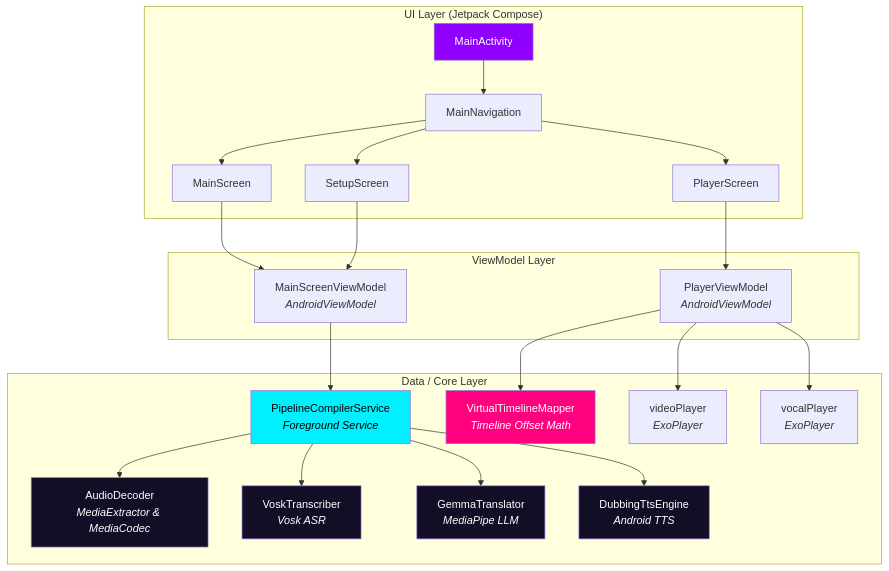
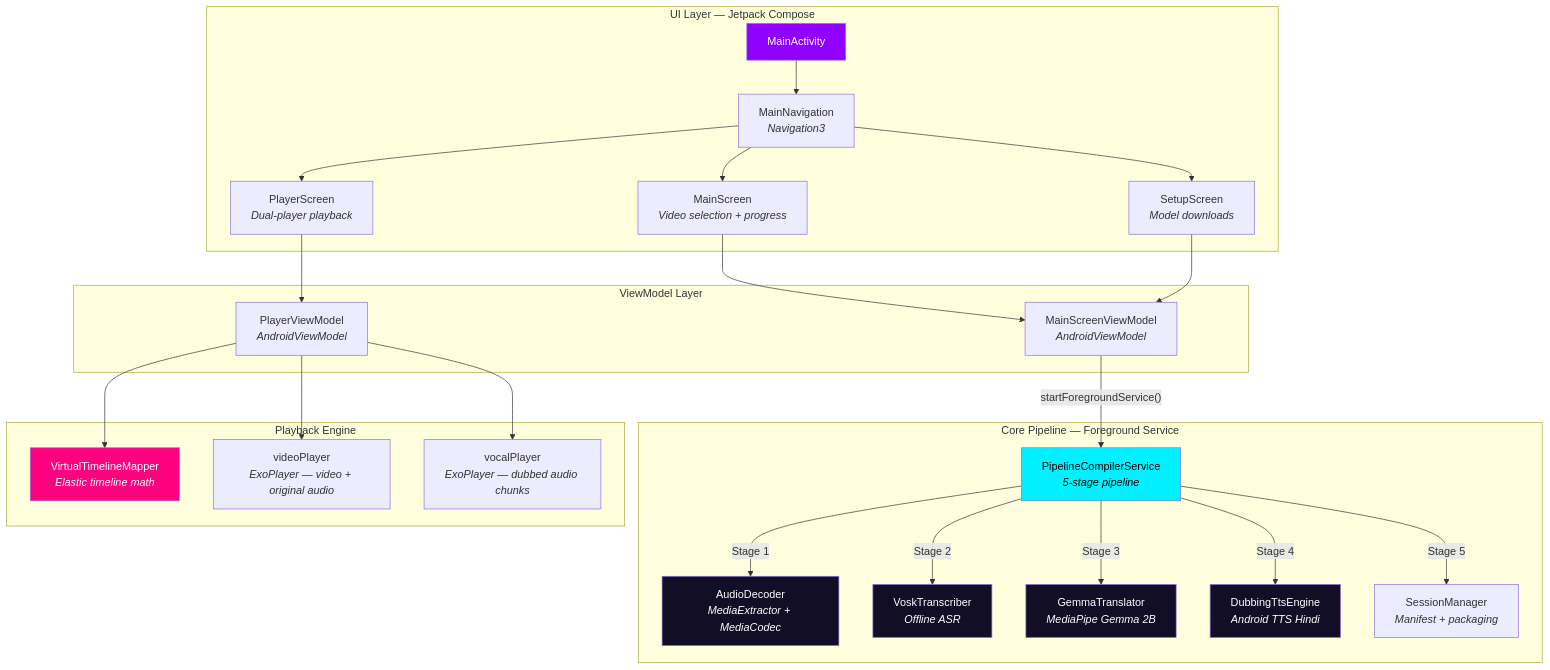
The diagram in DEEP_TECHNICAL_ANALYSIS.md (thokchomlolet03-cpu/Nua), drawn with Mermaid before and after one commit. The commit also changed other lines of this file, not shown here.

Commit message:
docs: comprehensive deep technical analysis v2.0 — full codebase audit, 32 defects cataloged, cross-domain solutions, remediation roadmap

````diff
--- a/DEEP_TECHNICAL_ANALYSIS.md
+++ b/DEEP_TECHNICAL_ANALYSIS.md
@@ -15,35 +59,38 @@
 ```mermaid
 graph TD
-    subgraph "UI Layer (Jetpack Compose)"
-        MA[MainActivity] --> MN[MainNavigation]
-        MN --> MS[MainScreen]
-        MN --> SS[SetupScreen]
-        MN --> PS[PlayerScreen]
+    subgraph "UI Layer — Jetpack Compose"
+        MA["MainActivity"] --> MN["MainNavigation<br/><i>Navigation3</i>"]
+        MN --> MS["MainScreen<br/><i>Video selection + progress</i>"]
+        MN --> SS["SetupScreen<br/><i>Model downloads</i>"]
+        MN --> PS["PlayerScreen<br/><i>Dual-player playback</i>"]
     end
 
     subgraph "ViewModel Layer"
-        MS --> VM[MainScreenViewModel<br/><i>AndroidViewModel</i>]
-        SS --> VM
-        PS --> PVM[PlayerViewModel<br/><i>AndroidViewModel</i>]
+        MS --> MSVM["MainScreenViewModel<br/><i>AndroidViewModel</i>"]
+        SS --> MSVM
+        PS --> PVM["PlayerViewModel<br/><i>AndroidViewModel</i>"]
     end
 
-    subgraph "Data / Core Layer"
-        VM --> PCS[PipelineCompilerService<br/><i>Foreground Service</i>]
-        PCS --> AD[AudioDecoder<br/><i>MediaExtractor & MediaCodec</i>]
-        PCS --> VT[VoskTranscriber<br/><i>Vosk ASR</i>]
-        PCS --> GT[GemmaTranslator<br/><i>MediaPipe LLM</i>]
-        PCS --> TTS[DubbingTtsEngine<br/><i>Android TTS</i>]
-        
-        PVM --> VTM[VirtualTimelineMapper<br/><i>Timeline Offset Math</i>]
-        PVM --> VP[videoPlayer<br/><i>ExoPlayer</i>]
-        PVM --> AP[vocalPlayer<br/><i>ExoPlayer</i>]
+    subgraph "Core Pipeline — Foreground Service"
+        MSVM -->|"startForegroundService()"| PCS["PipelineCompilerService<br/><i>5-stage pipeline</i>"]
+        PCS -->|"Stage 1"| AD["AudioDecoder<br/><i>MediaExtractor + MediaCodec</i>"]
+        PCS -->|"Stage 2"| VT["VoskTranscriber<br/><i>Offline ASR</i>"]
+        PCS -->|"Stage 3"| GT["GemmaTranslator<br/><i>MediaPipe Gemma 2B</i>"]
+        PCS -->|"Stage 4"| TTS["DubbingTtsEngine<br/><i>Android TTS Hindi</i>"]
+        PCS -->|"Stage 5"| SM["SessionManager<br/><i>Manifest + packaging</i>"]
+    end
+
+    subgraph "Playback Engine"
+        PVM --> VTM["VirtualTimelineMapper<br/><i>Elastic timeline math</i>"]
+        PVM --> VP["videoPlayer<br/><i>ExoPlayer — video + original audio</i>"]
+        PVM --> AP["vocalPlayer<br/><i>ExoPlayer — dubbed audio chunks</i>"]
     end
 
     style MA fill:#8F00FF,color:#fff
     style PCS fill:#00F0FF,color:#000
     style VTM fill:#FF007F,color:#fff
     style AD fill:#110E26,color:#fff
     style VT fill:#110E26,color:#fff
     style GT fill:#110E26,color:#fff
     style TTS fill:#110E26,color:#fff
 ```
````
